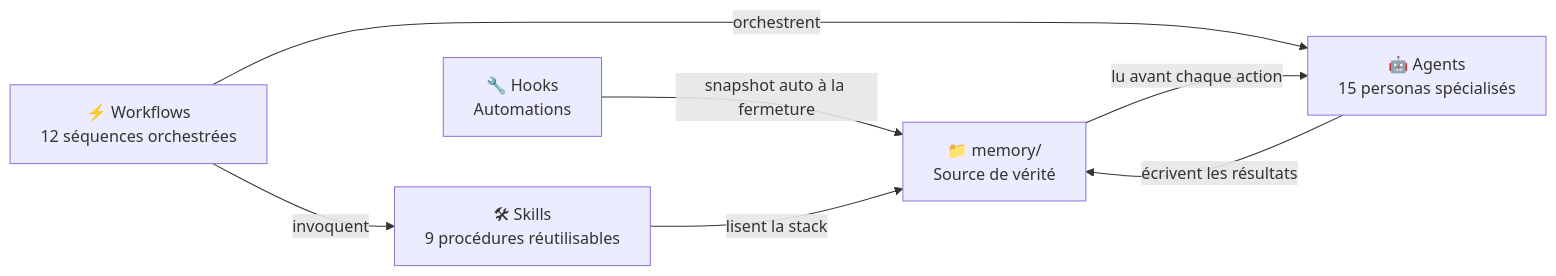
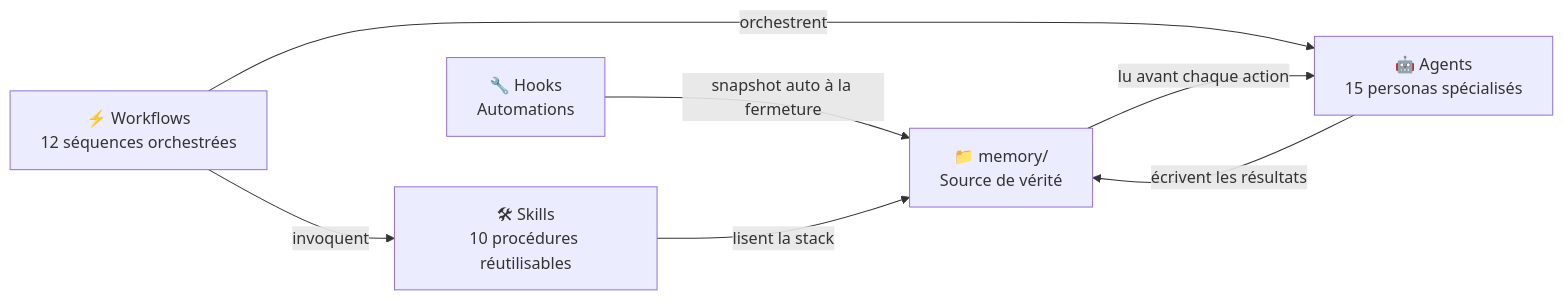
The diagram in docs/fr/README.md (KillianPiccerelle/ai-dev-framework), drawn with Mermaid before and after one commit. The commit also changed other lines of this file and 9 other files, not shown here.

First line of the commit message:
feat: integrate code-review-graph with workflows and code-reviewer agent

````diff
--- a/docs/fr/README.md
+++ b/docs/fr/README.md
@@ -85,15 +85,15 @@
 ```mermaid
 graph LR
     MEM["📁 memory/\nSource de vérité"]
     AGT["🤖 Agents\n15 personas spécialisés"]
     WFL["⚡ Workflows\n12 séquences orchestrées"]
-    SKL["🛠 Skills\n9 procédures réutilisables"]
+    SKL["🛠 Skills\n10 procédures réutilisables"]
     HKS["🔧 Hooks\nAutomations"]
 
     MEM -->|lu avant chaque action| AGT
     AGT -->|écrivent les résultats| MEM
     WFL -->|orchestrent| AGT
     WFL -->|invoquent| SKL
     SKL -->|lisent la stack| MEM
     HKS -->|snapshot auto à la fermeture| MEM
 ```
````
